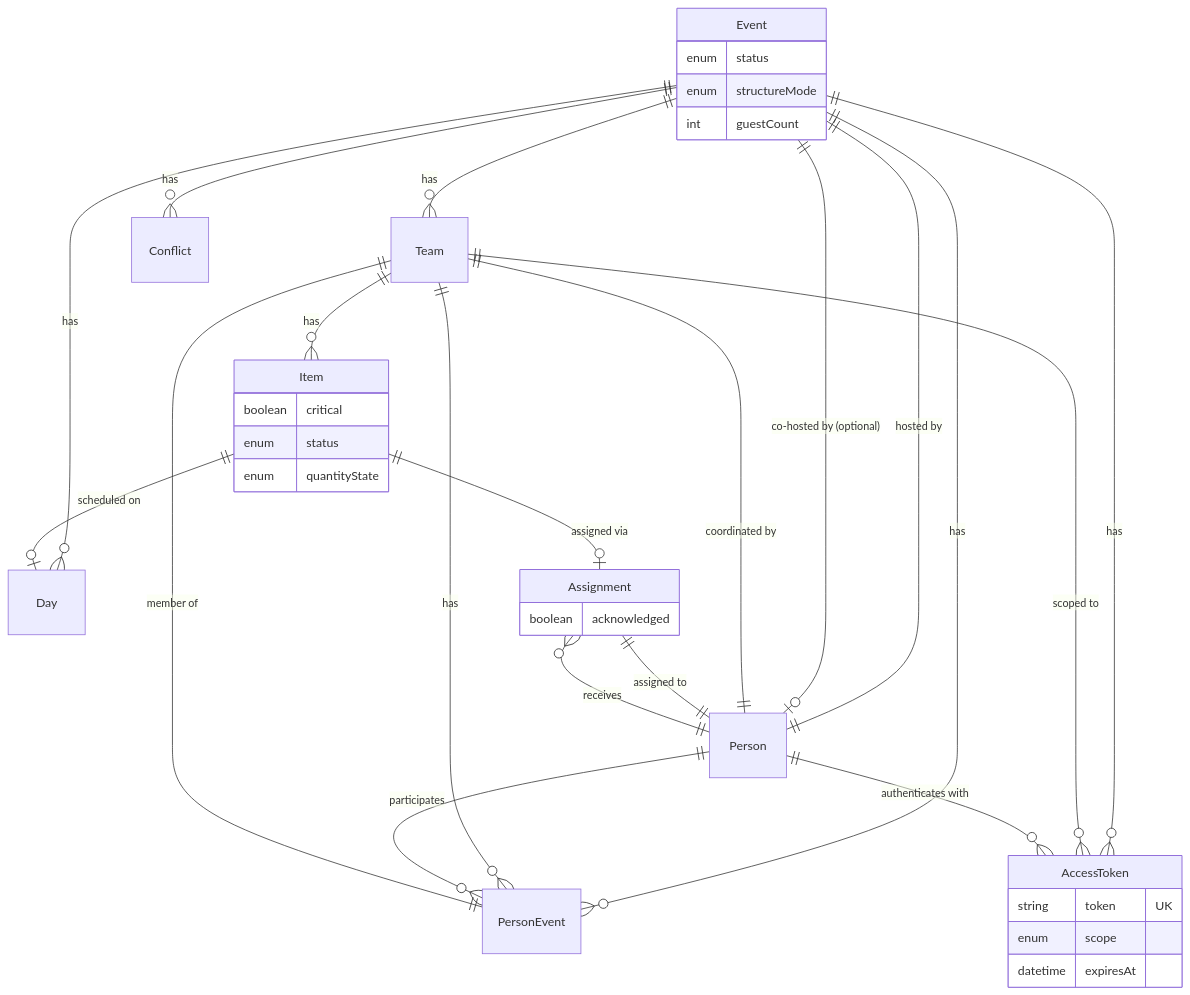
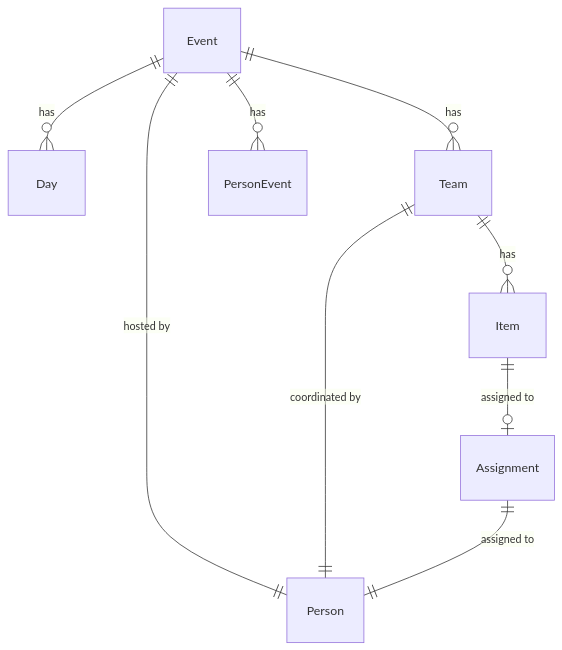
One commit to nzdog/gather-prototype changed the diagram in ONBOARDING_REPORT.md. Above: the diagram before and after it, drawn with Mermaid. The commit also changed other lines of this file and 4 other files, not shown here.

First line of the commit message:
docs: Update Phase 1 architecture and tickets documentation

````diff
--- a/ONBOARDING_REPORT.md
+++ b/ONBOARDING_REPORT.md
@@ -2150,48 +1056,13 @@
 ```mermaid
 erDiagram
     Event ||--o{ Day : has
     Event ||--o{ Team : has
     Event ||--o{ PersonEvent : has
-    Event ||--o{ AccessToken : has
-    Event ||--o{ Conflict : has
     Event ||--|| Person : "hosted by"
-    Event ||--o| Person : "co-hosted by (optional)"
 
     Team ||--o{ Item : has
     Team ||--|| Person : "coordinated by"
-    Team ||--o{ PersonEvent : has
-    Team ||--o{ AccessToken : "scoped to"
 
-    Item ||--o| Assignment : "assigned via"
-    Item ||--o| Day : "scheduled on"
-
+    Item ||--o| Assignment : "assigned to"
     Assignment ||--|| Person : "assigned to"
-
-    Person ||--o{ PersonEvent : participates
-    Person ||--o{ AccessToken : "authenticates with"
-    Person ||--o{ Assignment : receives
-
-    PersonEvent ||--|| Team : "member of"
-
-    AccessToken {
-        string token UK
-        enum scope
-        datetime expiresAt
-    }
-
-    Event {
-        enum status
-        enum structureMode
-        int guestCount
-    }
-
-    Item {
-        boolean critical
-        enum status
-        enum quantityState
-    }
-
-    Assignment {
-        boolean acknowledged
-    }
 ```
````
